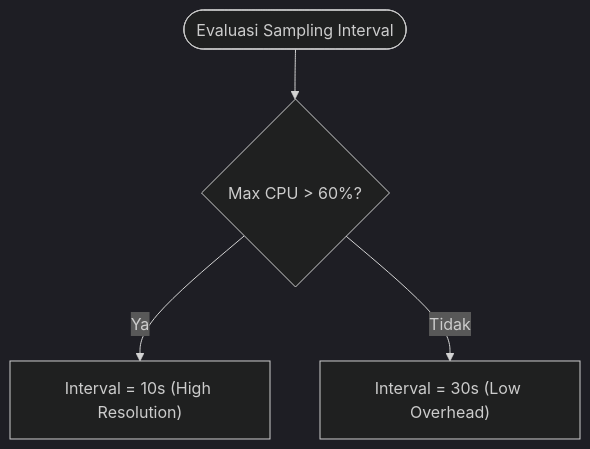
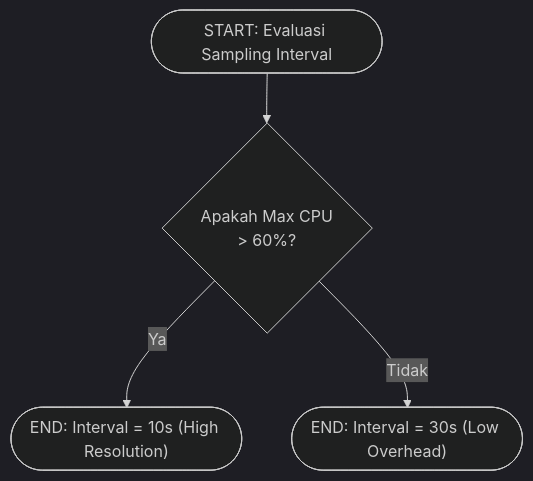
The third of 3 diagrams in architecture-diagrams/layer-2-monitor/01_monitor_get_stats.md (fauzanreza/green-container-framework), drawn with Mermaid (dark theme) before and after one commit. The commit also changed other lines of this file and 17 other files, not shown here.

Commit message:
edit fitur, menyesuaikan Architecture Diagram

````diff
--- a/architecture-diagrams/layer-2-monitor/01_monitor_get_stats.md
+++ b/architecture-diagrams/layer-2-monitor/01_monitor_get_stats.md
@@ -129,12 +129,12 @@
 ```mermaid
 flowchart TD
-    INPUT(["Evaluasi Sampling Interval"])
+    START(["START: Evaluasi Sampling Interval"])
 
-    SIBUK{"Max CPU > 60%?"}
-    SERING["Interval = 10s (High Resolution)"]
-    JARANG["Interval = 30s (Low Overhead)"]
+    SIBUK{"Apakah Max CPU<br/>> 60%?"}
+    SELESAI_SERING(["END: Interval = 10s (High Resolution)"])
+    SELESAI_JARANG(["END: Interval = 30s (Low Overhead)"])
 
-    INPUT --> SIBUK
-    SIBUK -->|"Ya"| SERING
-    SIBUK -->|"Tidak"| JARANG
+    START --> SIBUK
+    SIBUK -->|Ya| SELESAI_SERING
+    SIBUK -->|Tidak| SELESAI_JARANG
 ```
````
